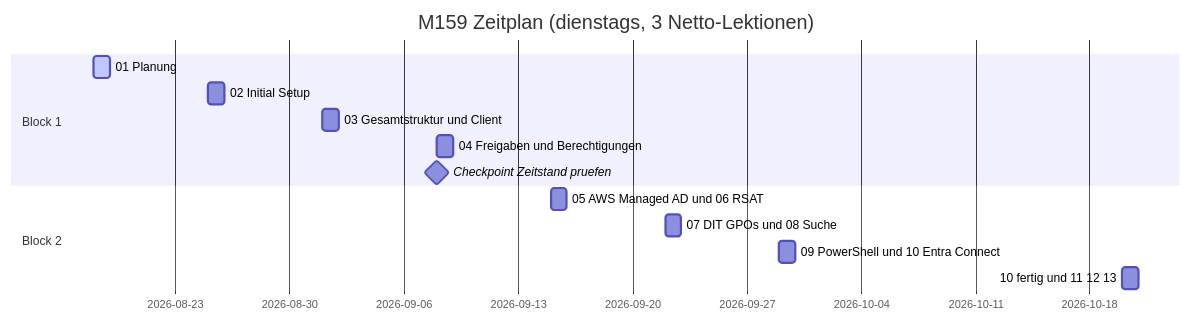
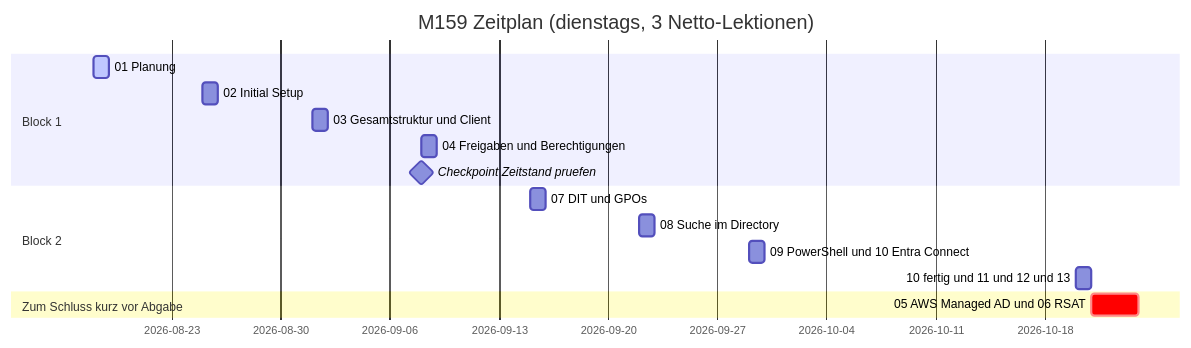
The diagram in README.md (TBZ-Rob/M159), drawn with Mermaid before and after one commit. The commit also changed other lines of this file and 3 other files, not shown here.

````diff
--- a/README.md
+++ b/README.md
@@ -32,18 +34,21 @@
 ```mermaid
 gantt
     dateFormat  YYYY-MM-DD
     title       M159 Zeitplan (dienstags, 3 Netto-Lektionen)
 
     section Block 1
     01 Planung                         :active, t1, 2026-08-18, 1d
     02 Initial Setup                   :t2, 2026-08-25, 1d
     03 Gesamtstruktur und Client       :t3, 2026-09-01, 1d
     04 Freigaben und Berechtigungen    :t4, 2026-09-08, 1d
     Checkpoint Zeitstand pruefen       :milestone, cp, 2026-09-08, 0d
 
     section Block 2
-    05 AWS Managed AD und 06 RSAT      :t5, 2026-09-15, 1d
-    07 DIT GPOs und 08 Suche           :t6, 2026-09-22, 1d
+    07 DIT und GPOs                    :t5, 2026-09-15, 1d
+    08 Suche im Directory              :t6, 2026-09-22, 1d
     09 PowerShell und 10 Entra Connect :t7, 2026-09-29, 1d
-    10 fertig und 11 12 13             :t8, 2026-10-20, 1d
+    10 fertig und 11 und 12 und 13     :t8, 2026-10-20, 1d
+
+    section Zum Schluss kurz vor Abgabe
+    05 AWS Managed AD und 06 RSAT      :crit, t9, 2026-10-21, 3d
 ```
````
